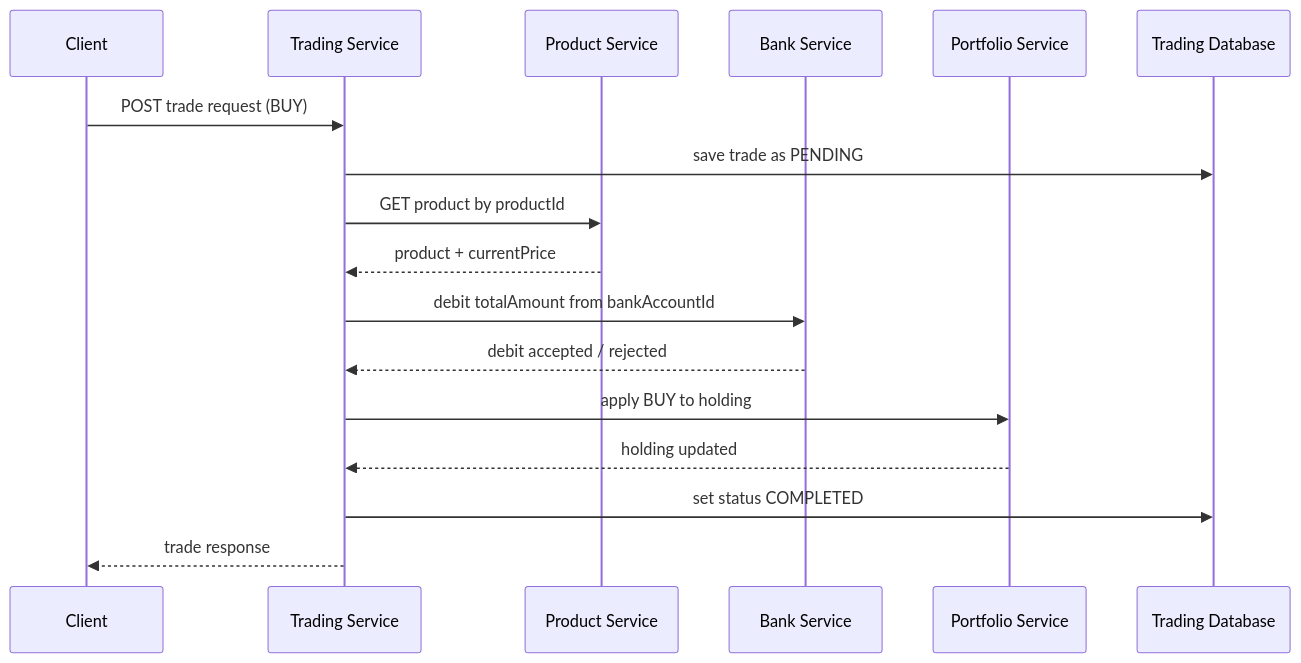
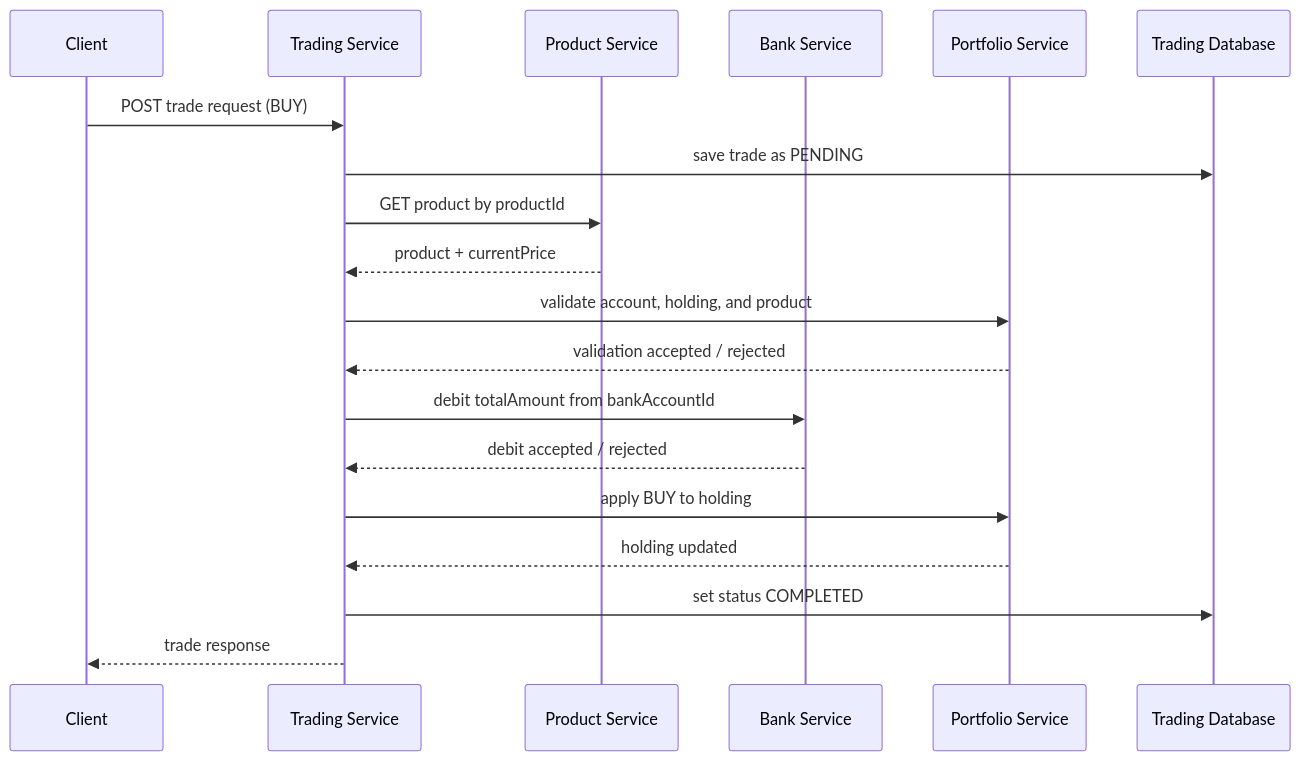
Before and after one commit to angreatharva/OracleTraining: the second of 3 diagrams in readme.md, drawn with Mermaid. The commit also changed other lines of this file, not shown here.

````diff
--- a/readme.md
+++ b/readme.md
@@ -136,20 +136,22 @@
 ```mermaid
 sequenceDiagram
     participant C as Client
     participant T as Trading Service
     participant P as Product Service
     participant B as Bank Service
     participant PF as Portfolio Service
     participant DB as Trading Database
 
     C->>T: POST trade request (BUY)
     T->>DB: save trade as PENDING
     T->>P: GET product by productId
     P-->>T: product + currentPrice
+    T->>PF: validate account, holding, and product
+    PF-->>T: validation accepted / rejected
     T->>B: debit totalAmount from bankAccountId
     B-->>T: debit accepted / rejected
     T->>PF: apply BUY to holding
     PF-->>T: holding updated
     T->>DB: set status COMPLETED
     T-->>C: trade response
 ```
````
